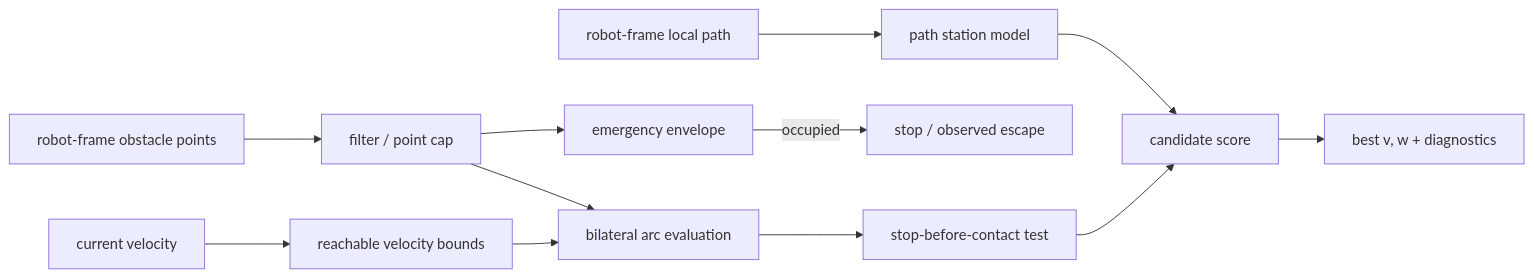
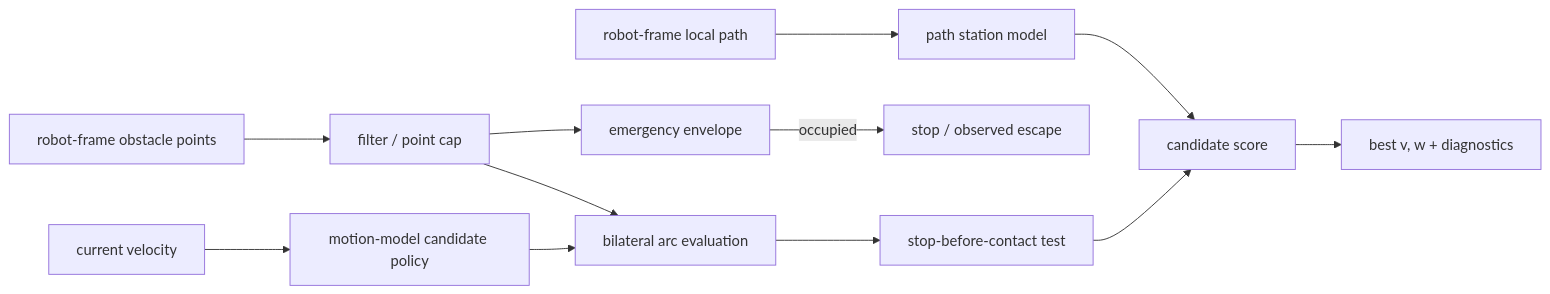
One commit to hijimasa/bilateral_arc_clearance_controller changed the diagram in docs/en/algorithm.md. Above: the diagram before and after it, drawn with Mermaid. The commit also changed other lines of this file and 10 other files, not shown here.

````diff
--- a/docs/en/algorithm.md
+++ b/docs/en/algorithm.md
@@ -14,14 +17,14 @@
 ```mermaid
 flowchart LR
   A[robot-frame obstacle points] --> D[filter / point cap]
   B[robot-frame local path] --> E[path station model]
-  C[current velocity] --> F[reachable velocity bounds]
+  C[current velocity] --> F[motion-model candidate policy]
   D --> G[emergency envelope]
   D --> H[bilateral arc evaluation]
   E --> I[candidate score]
   F --> H
   G -->|occupied| S[stop / observed escape]
   H --> J[stop-before-contact test]
   J --> I
   I --> K[best v, w + diagnostics]
 ```
````
